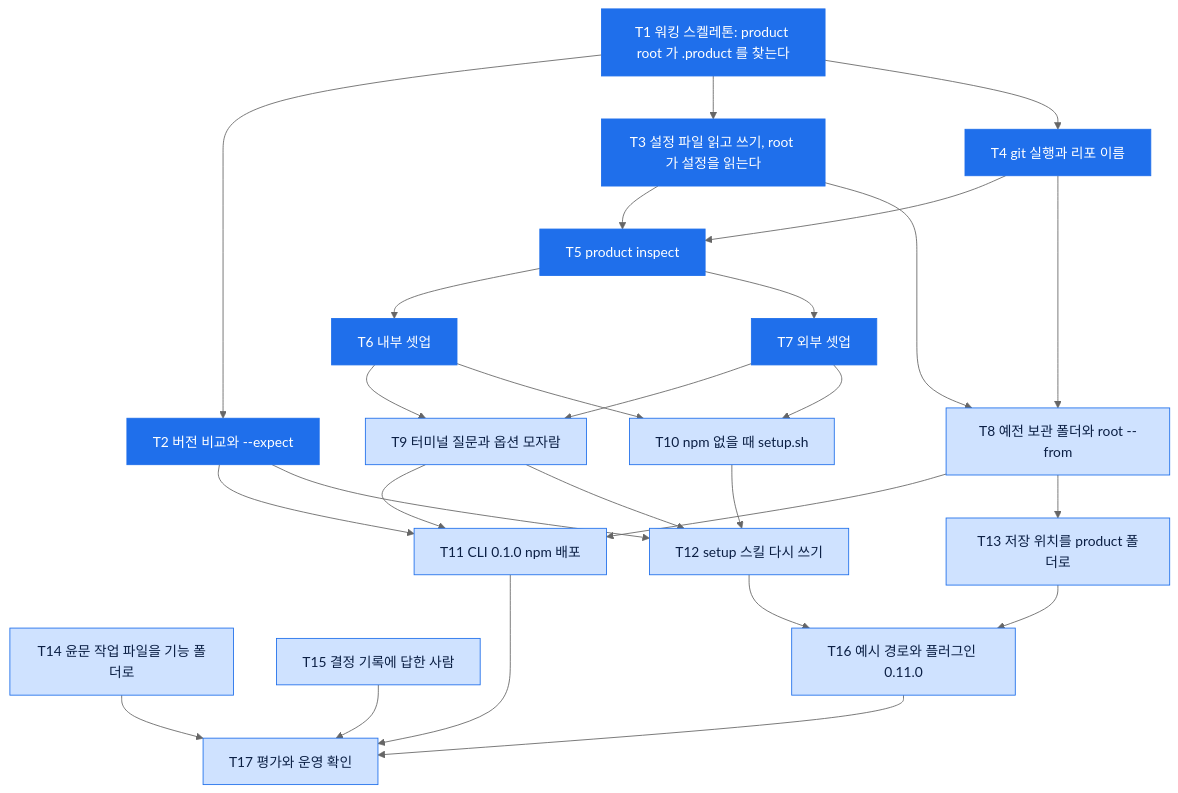
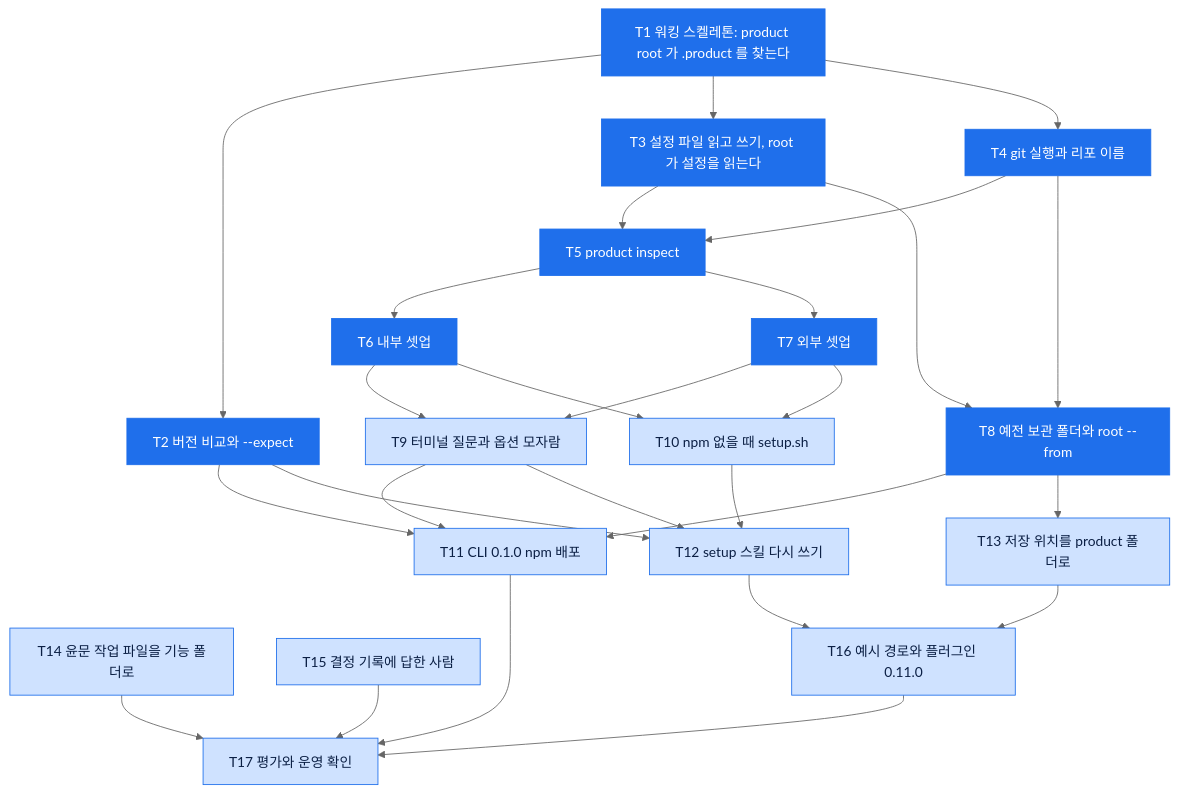
Before and after one commit to dorage/product-skills: the diagram in .product/features/261122_setup-method/tasks.md, drawn with Mermaid (neutral theme). The commit also changed other lines of this file and 4 other files, not shown here.

````diff
--- a/.product/features/261122_setup-method/tasks.md
+++ b/.product/features/261122_setup-method/tasks.md
@@ -7,50 +7,50 @@
 ```mermaid
 flowchart TD
     T1["T1 워킹 스켈레톤: product root 가 .product 를 찾는다"]
     T2["T2 버전 비교와 --expect"]
     T3["T3 설정 파일 읽고 쓰기, root 가 설정을 읽는다"]
     T4["T4 git 실행과 리포 이름"]
     T5["T5 product inspect"]
     T6["T6 내부 셋업"]
     T7["T7 외부 셋업"]
     T8["T8 예전 보관 폴더와 root --from"]
     T9["T9 터미널 질문과 옵션 모자람"]
     T10["T10 npm 없을 때 setup.sh"]
     T11["T11 CLI 0.1.0 npm 배포"]
     T12["T12 setup 스킬 다시 쓰기"]
     T13["T13 저장 위치를 product 폴더로"]
     T14["T14 윤문 작업 파일을 기능 폴더로"]
     T15["T15 결정 기록에 답한 사람"]
     T16["T16 예시 경로와 플러그인 0.11.0"]
     T17["T17 평가와 운영 확인"]
     T1 --> T2
     T1 --> T3
     T1 --> T4
     T3 --> T5
     T4 --> T5
     T5 --> T6
     T5 --> T7
     T3 --> T8
     T4 --> T8
     T6 --> T9
     T7 --> T9
     T6 --> T10
     T7 --> T10
     T2 --> T11
     T8 --> T11
     T9 --> T11
     T9 --> T12
     T10 --> T12
     T2 --> T12
     T8 --> T13
     T12 --> T16
     T13 --> T16
     T11 --> T17
     T14 --> T17
     T15 --> T17
     T16 --> T17
     classDef done fill:#1f6feb,stroke:#1f6feb,color:#ffffff
     classDef todo fill:#cfe2ff,stroke:#1f6feb,color:#0b1f44
-    class T1,T2,T3,T4,T5,T6,T7 done
-    class T8,T9,T10,T11,T12,T13,T14,T15,T16,T17 todo
+    class T1,T2,T3,T4,T5,T6,T7,T8 done
+    class T9,T10,T11,T12,T13,T14,T15,T16,T17 todo
 ```
````
